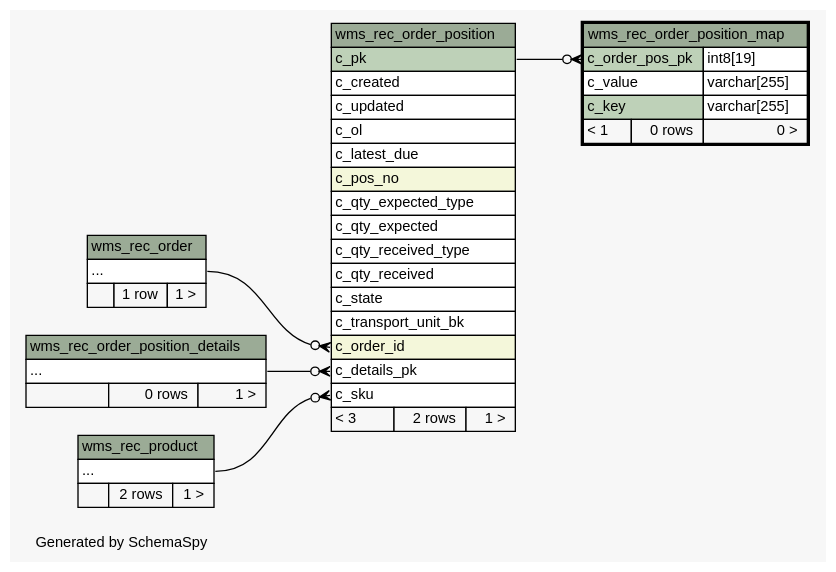
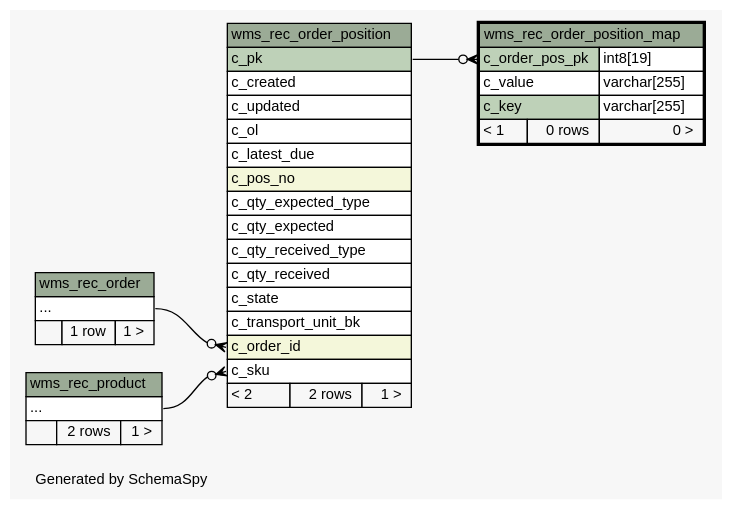
One commit to openwms/org.openwms.wms.receiving.lib changed the diagram in 1.0.0-SNAPSHOT/schemaspy/diagrams/wms_rec_order_position_map.2degrees.dot. Above: the diagram before and after it, drawn with Graphviz. The commit also changed 233 other files, not shown here.

```diff
--- a/1.0.0-SNAPSHOT/schemaspy/diagrams/wms_rec_order_position_map.2degrees.dot
+++ b/1.0.0-SNAPSHOT/schemaspy/diagrams/wms_rec_order_position_map.2degrees.dot
@@ -1,92 +1,80 @@
 // dot 2.43.0 on Linux 5.4.0-1040-azure
 // SchemaSpy rev Unknown
 digraph "twoDegreesRelationshipsDiagram" {
   graph [
     rankdir="RL"
     bgcolor="#f7f7f7"
     label="\nGenerated by SchemaSpy"
     labeljust="l"
     nodesep="0.18"
     ranksep="0.46"
     fontname="Helvetica"
     fontsize="11"
   ];
   node [
     fontname="Helvetica"
     fontsize="11"
     shape="plaintext"
   ];
   edge [
     arrowsize="0.8"
   ];
-  "wms_rec_order_position":"c_details_pk":w -> "wms_rec_order_position_details":"elipses":e [arrowhead=none dir=back arrowtail=crowodot];
   "wms_rec_order_position":"c_order_id":w -> "wms_rec_order":"elipses":e [arrowhead=none dir=back arrowtail=crowodot];
   "wms_rec_order_position":"c_sku":w -> "wms_rec_product":"elipses":e [arrowhead=none dir=back arrowtail=crowodot];
   "wms_rec_order_position_map":"c_order_pos_pk":w -> "wms_rec_order_position":"c_pk":e [arrowhead=none dir=back arrowtail=crowodot];
   "wms_rec_order" [
     label=<
     <TABLE BORDER="0" CELLBORDER="1" CELLSPACING="0" BGCOLOR="#ffffff">
       <TR><TD COLSPAN="3" BGCOLOR="#9bab96" ALIGN="CENTER">wms_rec_order</TD></TR>
       <TR><TD PORT="elipses" COLSPAN="3" ALIGN="LEFT">...</TD></TR>
       <TR><TD ALIGN="LEFT" BGCOLOR="#f7f7f7">  </TD><TD ALIGN="RIGHT" BGCOLOR="#f7f7f7">1 row</TD><TD ALIGN="RIGHT" BGCOLOR="#f7f7f7">1 &gt;</TD></TR>
     </TABLE>>
     URL="wms_rec_order.html"
     tooltip="wms_rec_order"
   ];
   "wms_rec_order_position" [
     label=<
     <TABLE BORDER="0" CELLBORDER="1" CELLSPACING="0" BGCOLOR="#ffffff">
       <TR><TD COLSPAN="3" BGCOLOR="#9bab96" ALIGN="CENTER">wms_rec_order_position</TD></TR>
       <TR><TD PORT="c_pk" COLSPAN="3" BGCOLOR="#bed1b8" ALIGN="LEFT">c_pk</TD></TR>
       <TR><TD PORT="c_created" COLSPAN="3" ALIGN="LEFT">c_created</TD></TR>
       <TR><TD PORT="c_updated" COLSPAN="3" ALIGN="LEFT">c_updated</TD></TR>
       <TR><TD PORT="c_ol" COLSPAN="3" ALIGN="LEFT">c_ol</TD></TR>
       <TR><TD PORT="c_latest_due" COLSPAN="3" ALIGN="LEFT">c_latest_due</TD></TR>
       <TR><TD PORT="c_pos_no" COLSPAN="3" BGCOLOR="#f4f7da" ALIGN="LEFT">c_pos_no</TD></TR>
       <TR><TD PORT="c_qty_expected_type" COLSPAN="3" ALIGN="LEFT">c_qty_expected_type</TD></TR>
       <TR><TD PORT="c_qty_expected" COLSPAN="3" ALIGN="LEFT">c_qty_expected</TD></TR>
       <TR><TD PORT="c_qty_received_type" COLSPAN="3" ALIGN="LEFT">c_qty_received_type</TD></TR>
       <TR><TD PORT="c_qty_received" COLSPAN="3" ALIGN="LEFT">c_qty_received</TD></TR>
       <TR><TD PORT="c_state" COLSPAN="3" ALIGN="LEFT">c_state</TD></TR>
       <TR><TD PORT="c_transport_unit_bk" COLSPAN="3" ALIGN="LEFT">c_transport_unit_bk</TD></TR>
       <TR><TD PORT="c_order_id" COLSPAN="3" BGCOLOR="#f4f7da" ALIGN="LEFT">c_order_id</TD></TR>
-      <TR><TD PORT="c_details_pk" COLSPAN="3" ALIGN="LEFT">c_details_pk</TD></TR>
       <TR><TD PORT="c_sku" COLSPAN="3" ALIGN="LEFT">c_sku</TD></TR>
-      <TR><TD ALIGN="LEFT" BGCOLOR="#f7f7f7">&lt; 3</TD><TD ALIGN="RIGHT" BGCOLOR="#f7f7f7">2 rows</TD><TD ALIGN="RIGHT" BGCOLOR="#f7f7f7">1 &gt;</TD></TR>
+      <TR><TD ALIGN="LEFT" BGCOLOR="#f7f7f7">&lt; 2</TD><TD ALIGN="RIGHT" BGCOLOR="#f7f7f7">2 rows</TD><TD ALIGN="RIGHT" BGCOLOR="#f7f7f7">1 &gt;</TD></TR>
     </TABLE>>
     URL="wms_rec_order_position.html"
     tooltip="wms_rec_order_position"
-  ];
-  "wms_rec_order_position_details" [
-    label=<
-    <TABLE BORDER="0" CELLBORDER="1" CELLSPACING="0" BGCOLOR="#ffffff">
-      <TR><TD COLSPAN="3" BGCOLOR="#9bab96" ALIGN="CENTER">wms_rec_order_position_details</TD></TR>
-      <TR><TD PORT="elipses" COLSPAN="3" ALIGN="LEFT">...</TD></TR>
-      <TR><TD ALIGN="LEFT" BGCOLOR="#f7f7f7">  </TD><TD ALIGN="RIGHT" BGCOLOR="#f7f7f7">0 rows</TD><TD ALIGN="RIGHT" BGCOLOR="#f7f7f7">1 &gt;</TD></TR>
-    </TABLE>>
-    URL="wms_rec_order_position_details.html"
-    tooltip="wms_rec_order_position_details"
   ];
   "wms_rec_order_position_map" [
     label=<
     <TABLE BORDER="2" CELLBORDER="1" CELLSPACING="0" BGCOLOR="#ffffff">
       <TR><TD COLSPAN="3" BGCOLOR="#9bab96" ALIGN="CENTER">wms_rec_order_position_map</TD></TR>
       <TR><TD PORT="c_order_pos_pk" COLSPAN="2" BGCOLOR="#bed1b8" ALIGN="LEFT">c_order_pos_pk</TD><TD PORT="c_order_pos_pk.type" ALIGN="LEFT">int8[19]</TD></TR>
       <TR><TD PORT="c_value" COLSPAN="2" ALIGN="LEFT">c_value</TD><TD PORT="c_value.type" ALIGN="LEFT">varchar[255]</TD></TR>
       <TR><TD PORT="c_key" COLSPAN="2" BGCOLOR="#bed1b8" ALIGN="LEFT">c_key</TD><TD PORT="c_key.type" ALIGN="LEFT">varchar[255]</TD></TR>
       <TR><TD ALIGN="LEFT" BGCOLOR="#f7f7f7">&lt; 1</TD><TD ALIGN="RIGHT" BGCOLOR="#f7f7f7">0 rows</TD><TD ALIGN="RIGHT" BGCOLOR="#f7f7f7">0 &gt;</TD></TR>
     </TABLE>>
     URL="wms_rec_order_position_map.html"
     tooltip="wms_rec_order_position_map"
   ];
   "wms_rec_product" [
     label=<
     <TABLE BORDER="0" CELLBORDER="1" CELLSPACING="0" BGCOLOR="#ffffff">
       <TR><TD COLSPAN="3" BGCOLOR="#9bab96" ALIGN="CENTER">wms_rec_product</TD></TR>
       <TR><TD PORT="elipses" COLSPAN="3" ALIGN="LEFT">...</TD></TR>
       <TR><TD ALIGN="LEFT" BGCOLOR="#f7f7f7">  </TD><TD ALIGN="RIGHT" BGCOLOR="#f7f7f7">2 rows</TD><TD ALIGN="RIGHT" BGCOLOR="#f7f7f7">1 &gt;</TD></TR>
     </TABLE>>
     URL="wms_rec_product.html"
     tooltip="wms_rec_product"
   ];
 }
```
